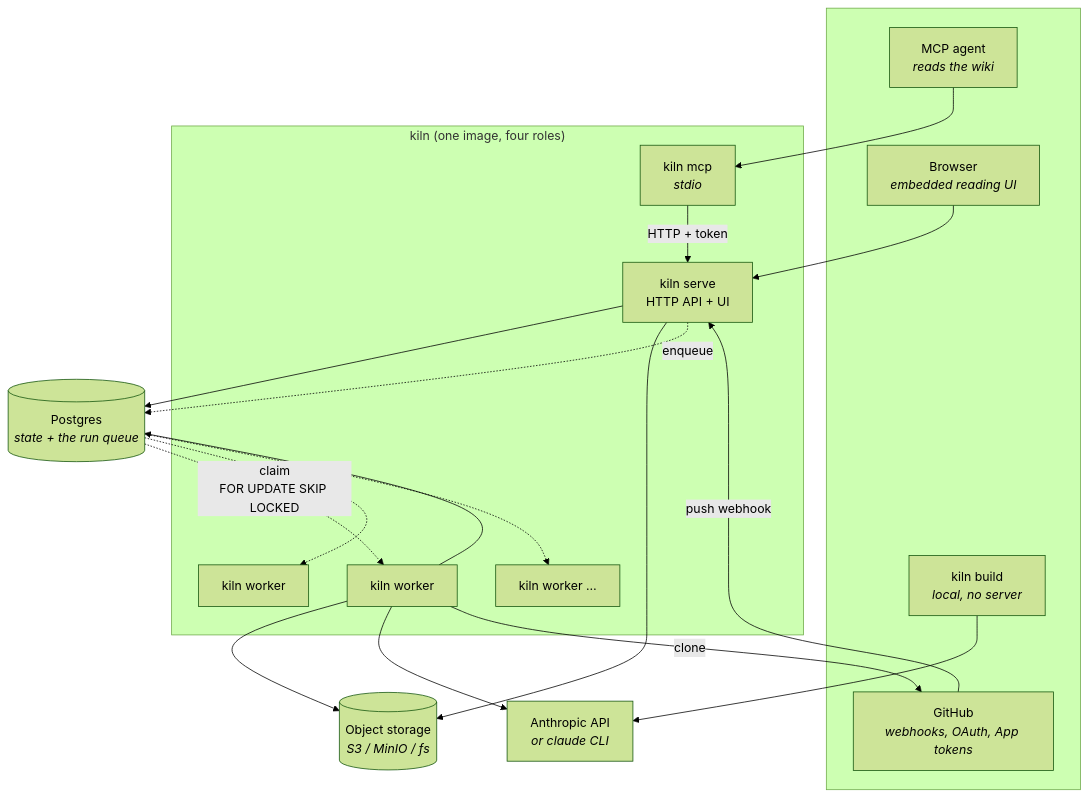
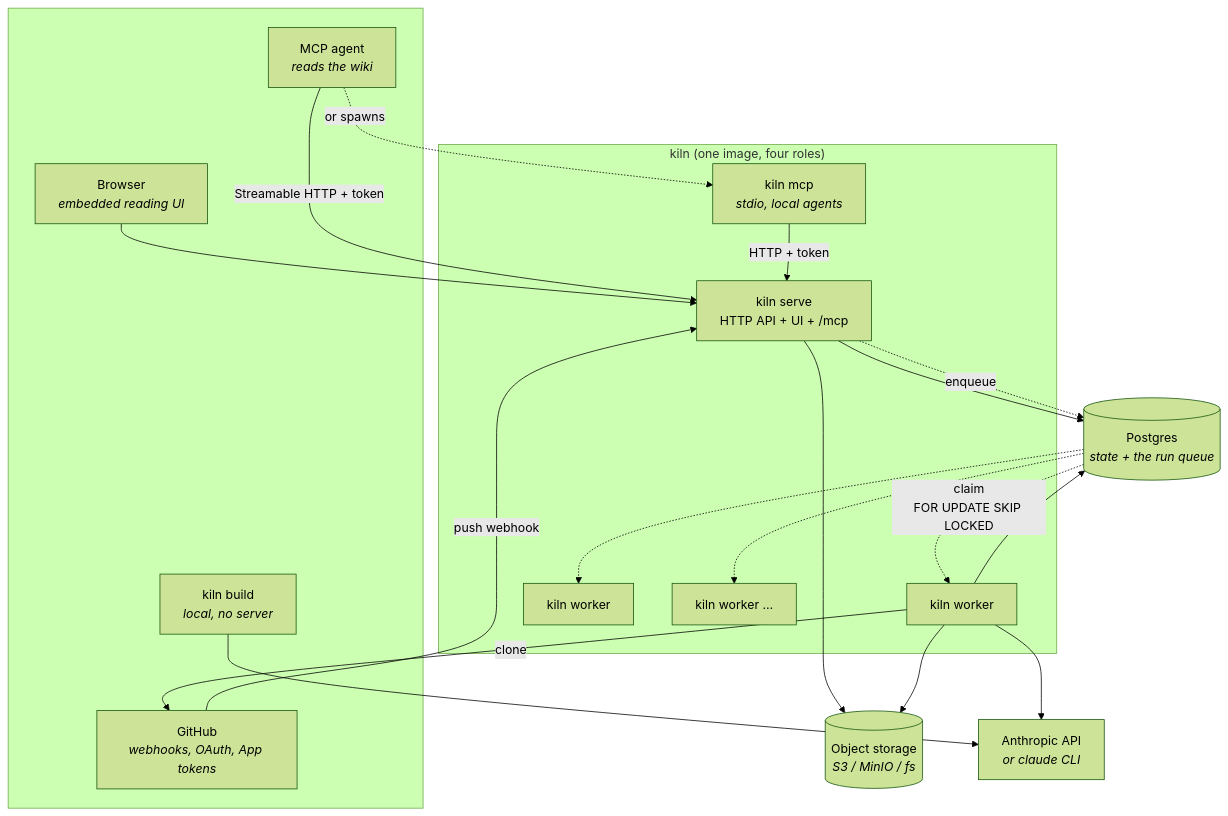
Before and after one commit to daiwa-zou/kiln: the first of 16 diagrams in docs/architecture.md, drawn with Mermaid (forest theme). The commit also changed other lines of this file and 11 other files, not shown here.

````diff
--- a/docs/architecture.md
+++ b/docs/architecture.md
@@ -67,39 +67,40 @@
 ```mermaid
 flowchart TB
     subgraph clients[" "]
         Browser["Browser<br/><i>embedded reading UI</i>"]
         Agent["MCP agent<br/><i>reads the wiki</i>"]
         CLI["kiln build<br/><i>local, no server</i>"]
         GH["GitHub<br/><i>webhooks, OAuth, App tokens</i>"]
     end
 
     subgraph kiln["kiln (one image, four roles)"]
-        API["kiln serve<br/>HTTP API + UI"]
-        MCP["kiln mcp<br/><i>stdio</i>"]
+        API["kiln serve<br/>HTTP API + UI + /mcp"]
+        MCP["kiln mcp<br/><i>stdio, local agents</i>"]
         W1["kiln worker"]
         W2["kiln worker"]
         WN["kiln worker …"]
     end
 
     PG[("Postgres<br/><i>state + the run queue</i>")]
     Blob[("Object storage<br/><i>S3 / MinIO / fs</i>")]
     Claude["Anthropic API<br/><i>or claude CLI</i>"]
 
     Browser --> API
-    Agent --> MCP
+    Agent -->|"Streamable HTTP + token"| API
+    Agent -.->|"or spawns"| MCP
     MCP -->|"HTTP + token"| API
     GH -->|"push webhook"| API
     API --> PG
     API --> Blob
     API -.->|"enqueue"| PG
 
     PG -.->|"claim<br/>FOR UPDATE SKIP LOCKED"| W1
     PG -.-> W2
     PG -.-> WN
 
     W1 --> PG
     W1 --> Blob
     W1 --> Claude
     W1 -->|"clone"| GH
     CLI --> Claude
 ```
````
